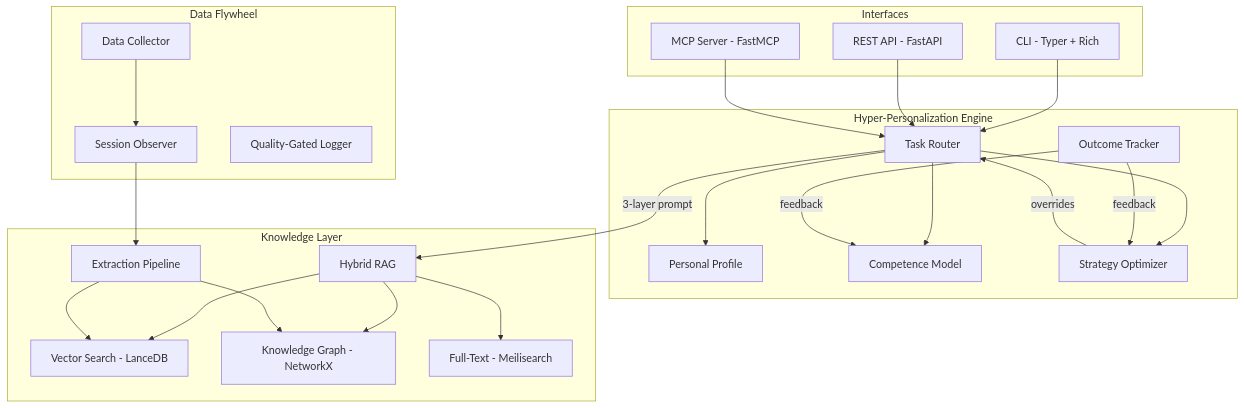
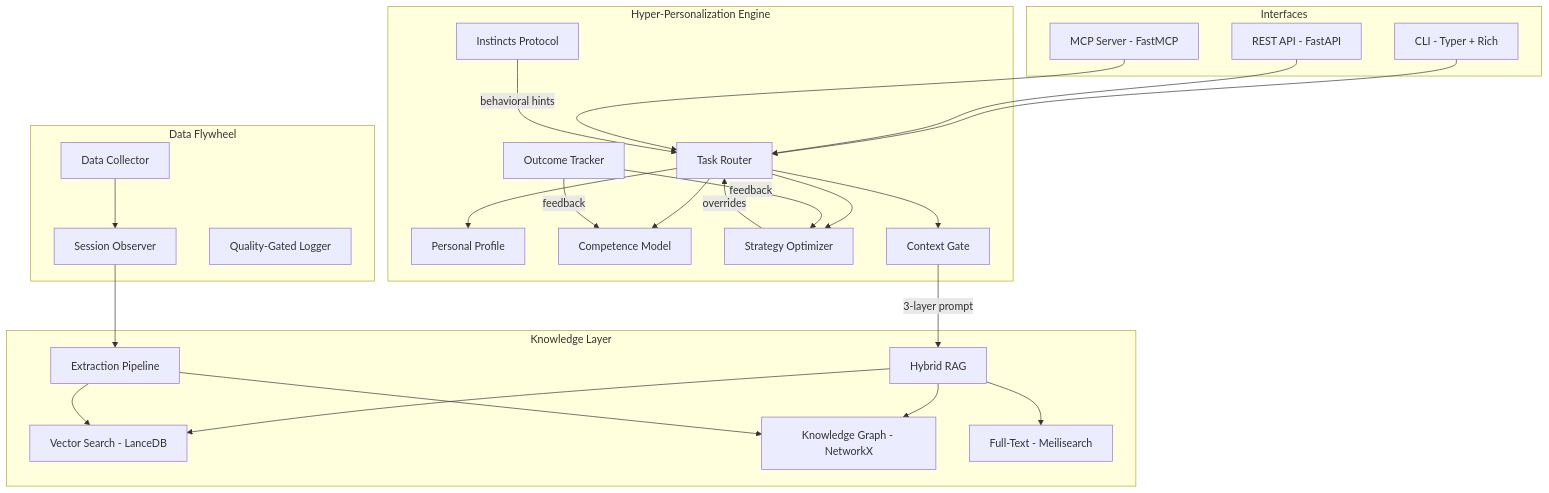
Before and after one commit to ikchain/Fabrik-Codek: the first of 2 diagrams in README.md, drawn with Mermaid. The commit also changed other lines of this file, not shown here.

````diff
--- a/README.md
+++ b/README.md
@@ -51,51 +52,55 @@
 ```mermaid
 graph TB
     subgraph Interfaces
         CLI[CLI - Typer + Rich]
         API[REST API - FastAPI]
         MCP[MCP Server - FastMCP]
     end
 
     subgraph "Hyper-Personalization Engine"
         Router[Task Router]
         Profile[Personal Profile]
         Competence[Competence Model]
         Strategy[Strategy Optimizer]
         Outcome[Outcome Tracker]
+        Gate[Context Gate]
+        Instincts[Instincts Protocol]
     end
 
     subgraph "Knowledge Layer"
         Hybrid[Hybrid RAG]
         RAG[Vector Search - LanceDB]
         Graph[Knowledge Graph - NetworkX]
         FT[Full-Text - Meilisearch]
         Extract[Extraction Pipeline]
     end
 
     subgraph "Data Flywheel"
         Collector[Data Collector]
         Observer[Session Observer]
         Logger[Quality-Gated Logger]
     end
 
     CLI --> Router
     API --> Router
     MCP --> Router
     Router --> Profile
     Router --> Competence
     Router --> Strategy
-    Router -->|3-layer prompt| Hybrid
+    Router --> Gate
+    Gate -->|3-layer prompt| Hybrid
+    Instincts -->|behavioral hints| Router
 
     Hybrid --> RAG
     Hybrid --> Graph
     Hybrid --> FT
 
     Extract --> Graph
     Extract --> RAG
 
     Collector --> Observer
     Observer --> Extract
     Outcome -->|feedback| Competence
     Outcome -->|feedback| Strategy
     Strategy -->|overrides| Router
 ```
````
